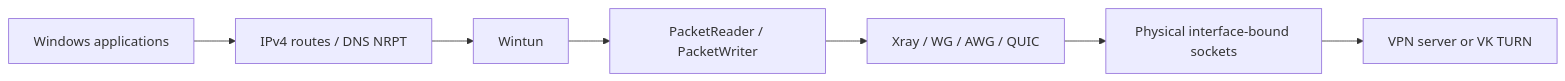
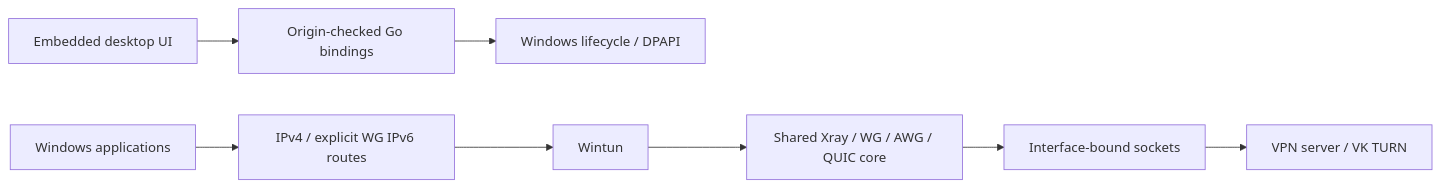
Before and after one commit to remzone/blink_windows: the diagram in docs/architecture.md, drawn with Mermaid. The commit also changed other lines of this file and 35 other files, not shown here.

Commit message:
Redesign desktop UI, add Windows x86, VK CAPTCHA and Vokop v3

````diff
--- a/docs/architecture.md
+++ b/docs/architecture.md
@@ -13,9 +17,10 @@
 ```mermaid
 flowchart LR
-    Apps[Windows applications] --> Routes[IPv4 routes / DNS NRPT]
+    UI[Embedded desktop UI] --> Bindings[Origin-checked Go bindings]
+    Bindings --> Controller[Windows lifecycle / DPAPI]
+    Apps[Windows applications] --> Routes[IPv4 / explicit WG IPv6 routes]
     Routes --> Wintun
-    Wintun --> Bridge[PacketReader / PacketWriter]
-    Bridge --> Core[Xray / WG / AWG / QUIC]
-    Core --> Bound[Physical interface-bound sockets]
-    Bound --> Server[VPN server or VK TURN]
+    Wintun --> Core[Shared Xray / WG / AWG / QUIC core]
+    Core --> Physical[Interface-bound sockets]
+    Physical --> Server[VPN server / VK TURN]
 ```
````
